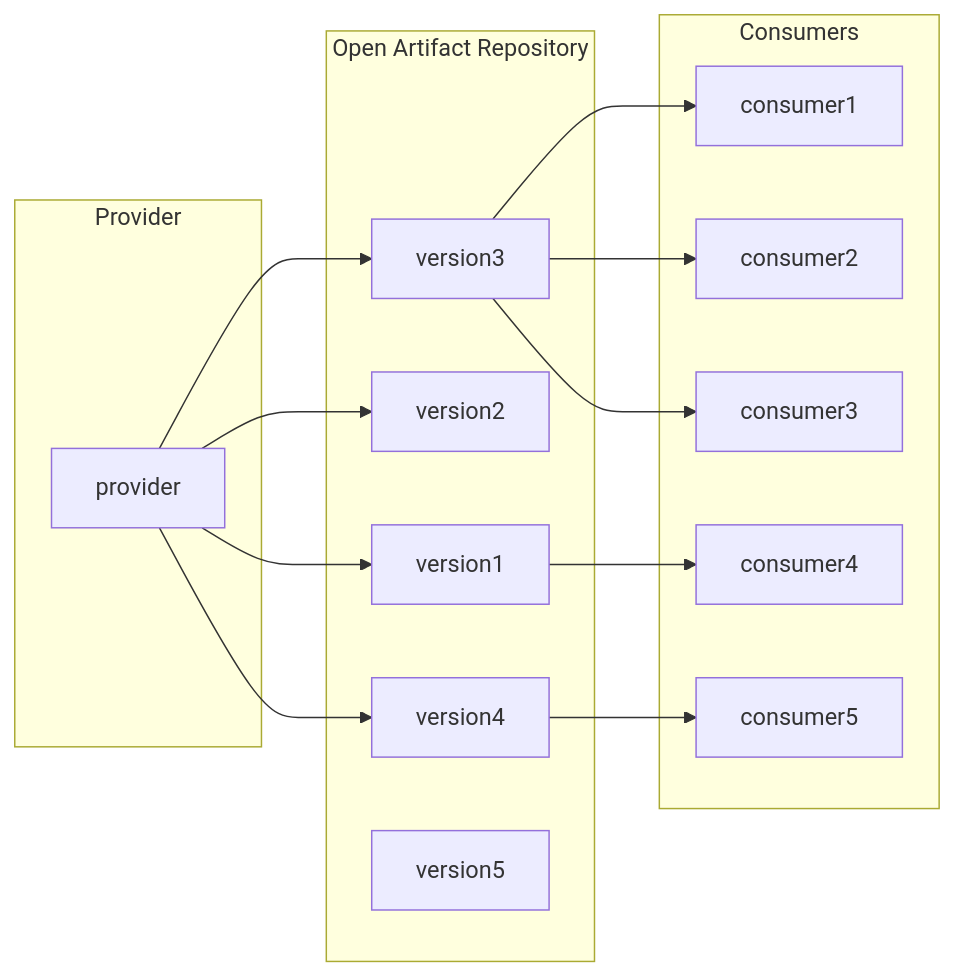
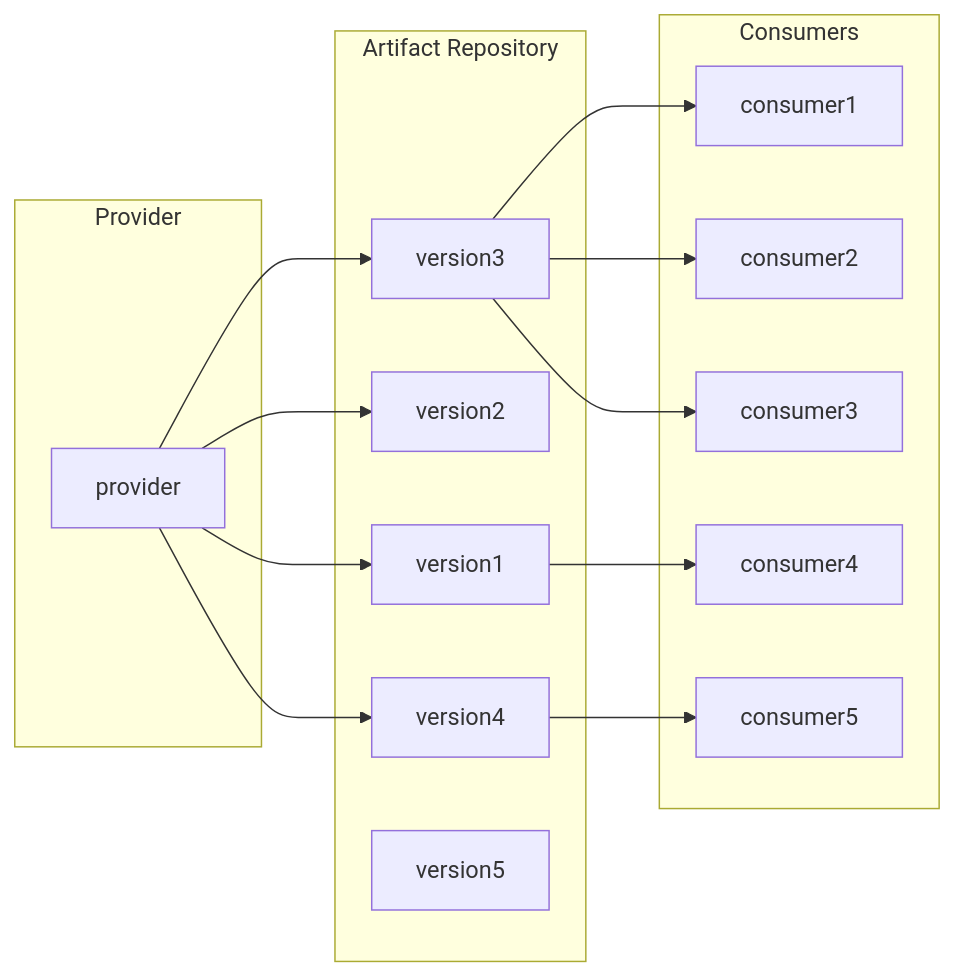
Before and after one commit to jiaqi/cyclopsgroup: the first of 2 diagrams in www/docs/monorepo.md, drawn with Mermaid. The commit also changed other lines of this file, not shown here.

````diff
--- a/www/docs/monorepo.md
+++ b/www/docs/monorepo.md
@@ -45,32 +45,32 @@
 ```mermaid
 graph LR
   subgraph Provider
     provider
   end
 
-  subgraph Open Artifact Repository
+  subgraph Artifact Repository
     version1
     version2
     version3
     version4
     version5
   end
 
   subgraph Consumers
     consumer1
     consumer2
     consumer3
     consumer4
     consumer5
   end
 
   provider --> version1
   provider --> version2
   provider --> version3
   provider --> version4
   version3 --> consumer1
   version3 --> consumer2
   version3 --> consumer3
   version1 --> consumer4
   version4 --> consumer5
 ```
````
